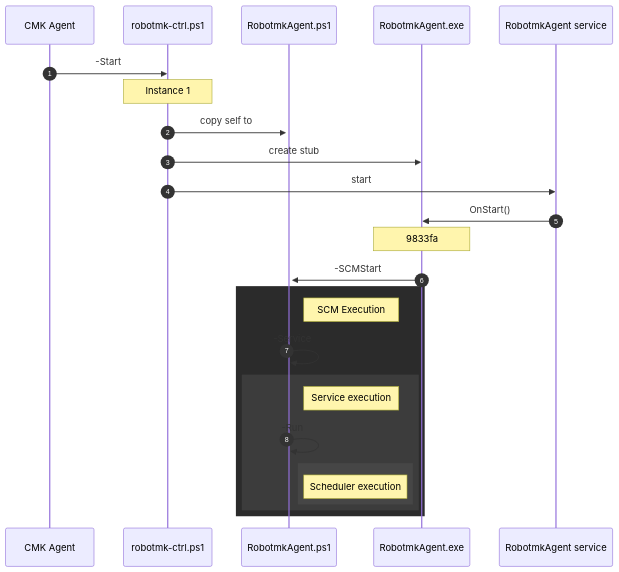
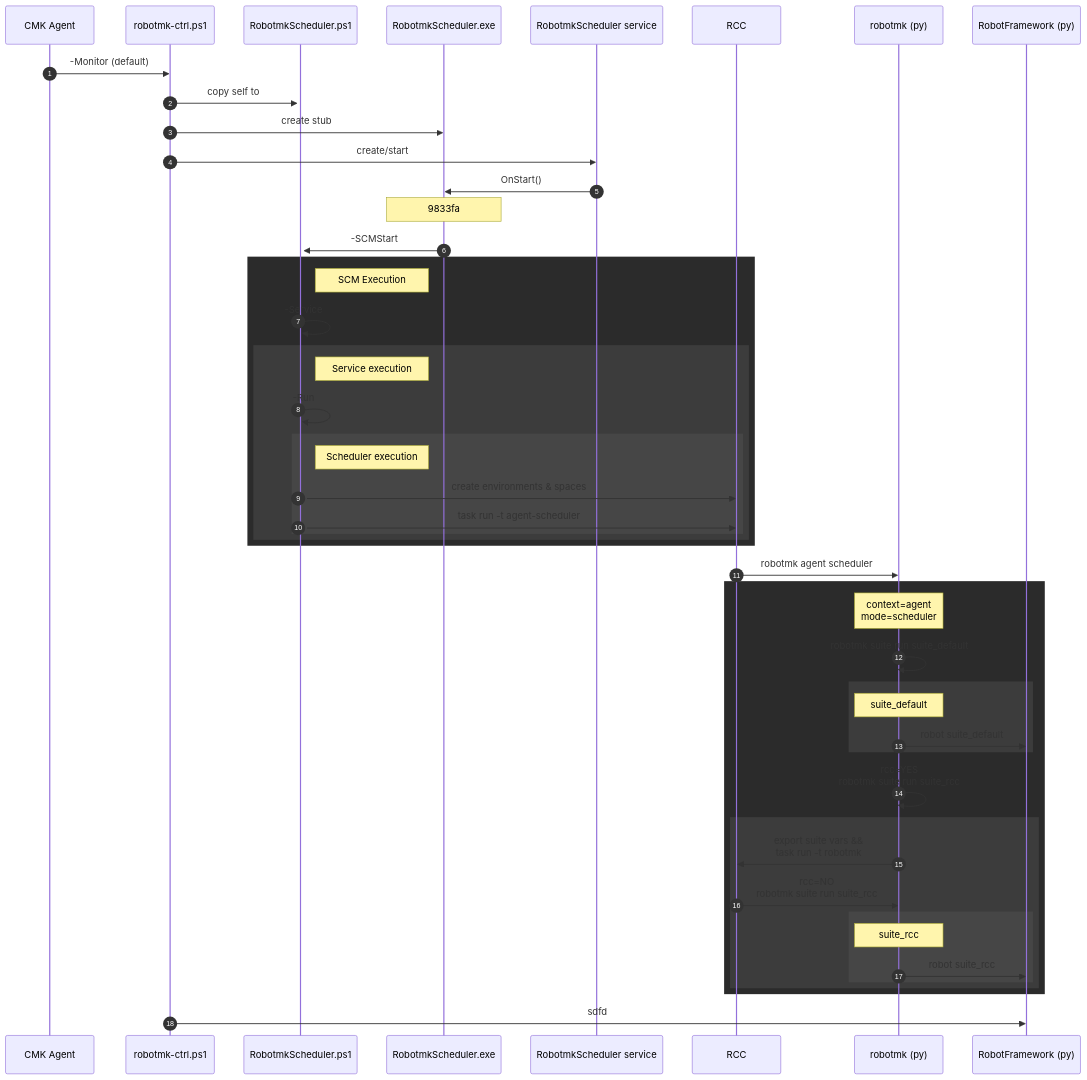
Before and after one commit to elabit/rmkv2: the diagram in DEVELOPMENT.md, drawn with Mermaid. The commit also changed other lines of this file, not shown here.

Commit message:
WIP: DEVEL Documentation - mermaid diagram

````diff
--- a/DEVELOPMENT.md
+++ b/DEVELOPMENT.md
@@ -15,30 +39,56 @@
 ```mermaid
 sequenceDiagram
     autonumber
     participant agent as CMK Agent
     participant ctrlps as robotmk-ctrl.ps1
-    participant agentps as RobotmkAgent.ps1
-    participant cstub as RobotmkAgent.exe
-    participant service as RobotmkAgent service
+    participant agentps as RobotmkScheduler.ps1
+    participant cstub as RobotmkScheduler.exe
+    participant service as RobotmkScheduler service
+    participant rcc as RCC
+    participant robotmk as robotmk (py)
+    participant rf as RobotFramework (py)
 
-    agent->>ctrlps:-Start
-    Note over ctrlps: Instance 1
+    agent->>ctrlps:-Monitor (default)
     ctrlps->>+agentps: copy self to
     ctrlps->>cstub: create stub
-    ctrlps->>service: start
+    ctrlps->>service: create/start
     service->>cstub: OnStart()
     Note over cstub: 9833fa
     cstub->>agentps: -SCMStart
-
     rect rgb(43, 43, 43)
     Note right of agentps: SCM Execution
     agentps->>agentps: -Service
     rect rgb(60,60,60)
     Note right of agentps: Service execution
     agentps->>agentps: -Run
+
     rect rgb(70,70,70)
+
     Note right of agentps: Scheduler execution
-    end %%SCM
+    agentps->>rcc: create environments & spaces
+    agentps->>rcc: task run -t agent-scheduler
+    end %%Run
     end %%Service
-    end %%Run
+    end %%SCMStart
+    rcc->>robotmk: robotmk agent scheduler
+    rect rgb(43,43,43)
+      Note over robotmk: context=agent<br>mode=scheduler
+      robotmk->>robotmk: robotmk suite run suite_default
+      rect rgb(60,60,60)
+        Note over robotmk: suite_default
+        robotmk->>rf: robot suite_default
+      end %% robotmk suite run suite_default
+      robotmk->>robotmk: rcc=YES<br>robotmk suite run suite_rcc
+      rect rgb(60,60,60)
+        robotmk->>rcc: export suite vars && <br>task run -t robotmk
+        rcc->>robotmk: rcc=NO<br>robotmk suite run suite_rcc
+        rect rgb(70,70,70)
+          Note over robotmk: suite_rcc
+          robotmk->>rf: robot suite_rcc
+        end
+      end %% robotmk suite run suite_rcc
+
+
+    end %%scheduler
+    ctrlps->>rf: sdfd
 ```
````
